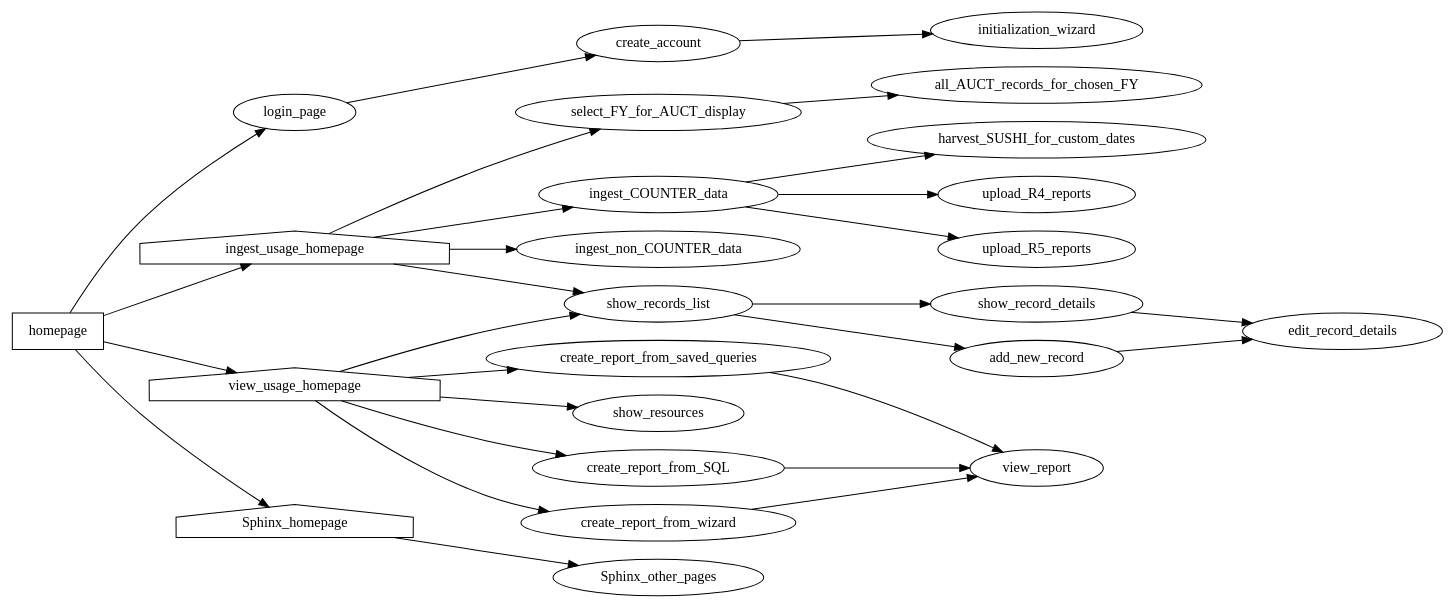
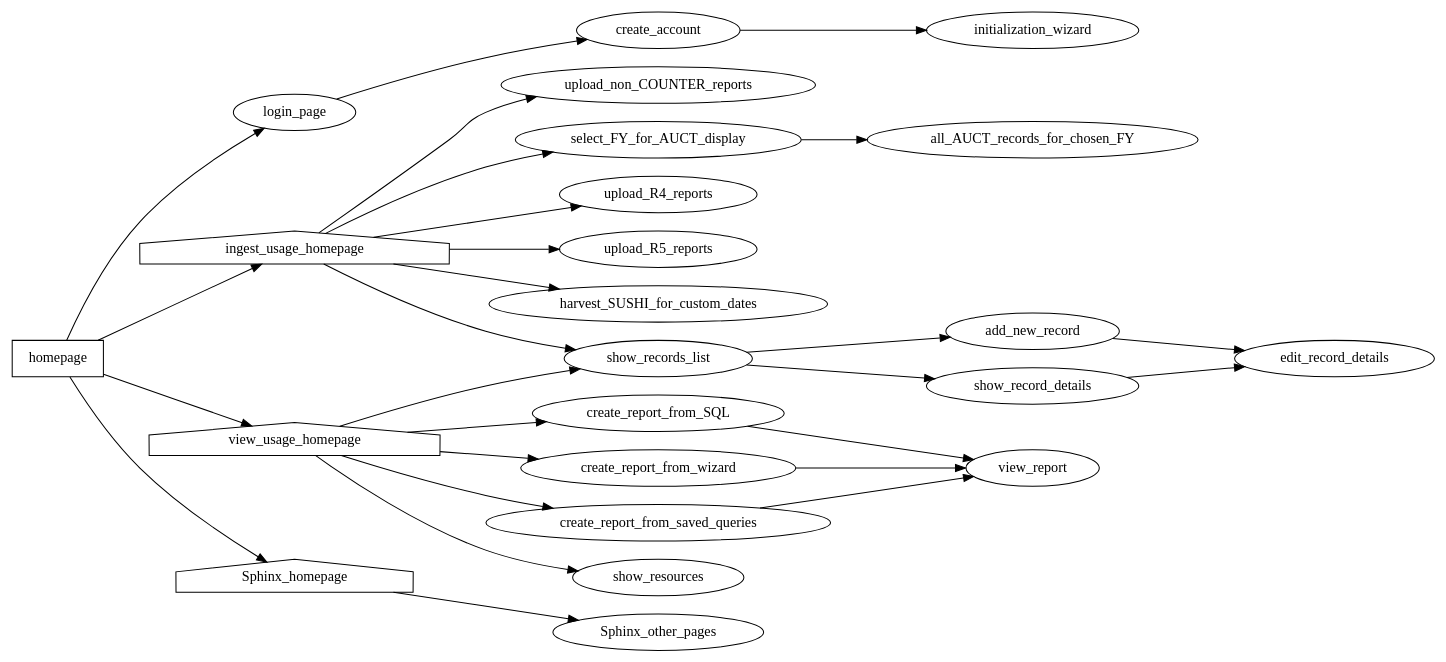
One commit to ereiskind/nolcat changed the diagram in docs/source/sitemap.dot. Above: the diagram before and after it, drawn with Graphviz. The commit also changed 3 other files, not shown here.

Commit message:
Frame `ingest_usage` routes

```diff
--- a/docs/source/sitemap.dot
+++ b/docs/source/sitemap.dot
@@ -1,94 +1,93 @@
 digraph nolcat_sitemap {
     /* *** NoLCAT SITEMAP *** */
     rankdir=LR
 
 
     /* *** Main NoLCAT Folder *** */
     homepage [shape="box"]
         homepage -> login_page
         homepage -> ingest_usage_homepage
         homepage -> view_usage_homepage
         homepage -> Sphinx_homepage
     
 
     /* *** `login` Blueprint *** */
     login_page
         login_page -> create_account
     // Account creation may not be needed--a single set of credentials for each user type may be created instead
     create_account
         create_account -> initialization_wizard // Page in `ingest` section; linkage because program will request data for database initialization upon creation of first account
     // And any other pages needed for authentication
 
 
     /* *** `initialization` Blueprint *** */
     initialization_wizard
 
 
     /* *** `ingest_usage` Blueprint *** */
     ingest_usage_homepage [shape="house"]
-        ingest_usage_homepage -> ingest_COUNTER_data
-        ingest_usage_homepage -> ingest_non_COUNTER_data
-    ingest_COUNTER_data
-        ingest_COUNTER_data -> upload_R4_reports
-        ingest_COUNTER_data -> upload_R5_reports
-        ingest_COUNTER_data -> harvest_SUSHI_for_custom_dates
+        ingest_usage_homepage -> upload_R4_reports
+        ingest_usage_homepage -> upload_R5_reports
+        ingest_usage_homepage -> harvest_SUSHI_for_custom_dates
+        ingest_usage_homepage -> upload_non_COUNTER_reports
     upload_R4_reports
     upload_R5_reports
     harvest_SUSHI_for_custom_dates
+    upload_non_COUNTER_reports
     
 
 
 
 
     /* ******************************************************************************************* */
     
 
 
     /* *** `ingest` Blueprint *** */
     ingest_usage_homepage [shape="house"]
 
         ingest_usage_homepage -> show_records_list
         ingest_usage_homepage -> select_FY_for_AUCT_display
     
     
 
     // Pages for viewing status of usage collection for a given FY
     select_FY_for_AUCT_display
         select_FY_for_AUCT_display -> all_AUCT_records_for_chosen_FY
     all_AUCT_records_for_chosen_FY
 
 
     /* *** `view` Blueprint *** */
     view_usage_homepage [shape="house"]
         view_usage_homepage -> create_report_from_SQL
         view_usage_homepage -> create_report_from_wizard
         view_usage_homepage -> create_report_from_saved_queries
         view_usage_homepage -> show_records_list
         view_usage_homepage -> show_resources
     show_resources // Meaning the items in the resources table
     
     // Pages for Querying and Displaying Usage Data
     create_report_from_SQL // Runs a custom SQL statement against the database
         create_report_from_SQL -> view_report
     create_report_from_wizard // GUI options are used to write SQL behind the scenes
         create_report_from_wizard -> view_report
     create_report_from_saved_queries // SQL statements that are either complete or only ask for one input for commonly asked questions
         create_report_from_saved_queries -> view_report
     view_report
 
     // Pages for Viewing, Adding, and Editing Records to a Relation
     show_records_list
         show_records_list -> add_new_record
         show_records_list -> show_record_details
     add_new_record
         add_new_record -> edit_record_details // To provide info for the new record
     show_record_details
         show_record_details -> edit_record_details
     edit_record_details // Includes adding or editing notes
 
 
     /* *** Sphinx *** */
     Sphinx_homepage [shape="house"]
         Sphinx_homepage -> Sphinx_other_pages
     Sphinx_other_pages // Use Sphinx itself for site organization
 }
```
